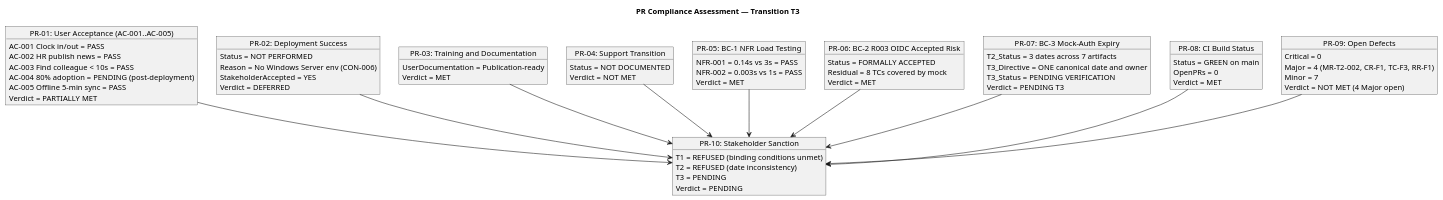
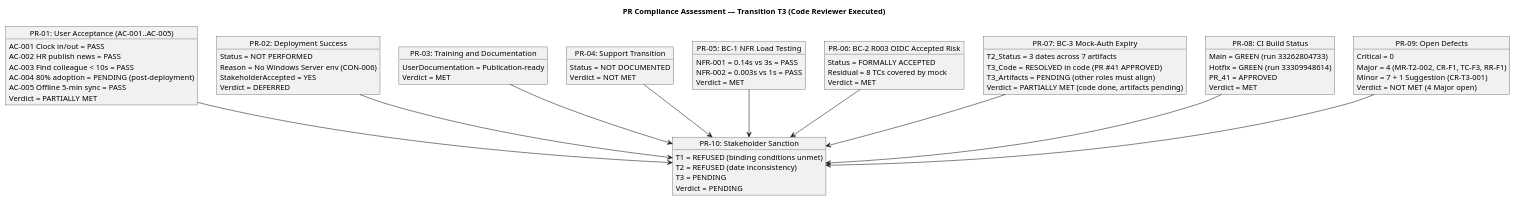
Before and after one commit to banense-test/portal-cuba-corp: the third of 5 diagrams in docs/artifacts/project-management/review-record.md, drawn with PlantUML. The commit also changed other lines of this file, not shown here.

First line of the commit message:
Code Reviewer [T3]: upsert Review Record

````diff
--- a/docs/artifacts/project-management/review-record.md
+++ b/docs/artifacts/project-management/review-record.md
@@ -311,6 +311,6 @@
 ```plantuml
 @startuml
-title PR Compliance Assessment — Transition T3
+title PR Compliance Assessment — Transition T3 (Code Reviewer Executed)
 
 skinparam classAttributeIconSize 0
 skinparam classBackgroundColor #F0F4FF
@@ -357,21 +357,22 @@
 
 object "PR-07: BC-3 Mock-Auth Expiry" as PR07 {
   T2_Status = 3 dates across 7 artifacts
-  T3_Directive = ONE canonical date and owner
-  T3_Status = PENDING VERIFICATION
-  Verdict = PENDING T3
+  T3_Code = RESOLVED in code (PR #41 APPROVED)
+  T3_Artifacts = PENDING (other roles must align)
+  Verdict = PARTIALLY MET (code done, artifacts pending)
 }
 
 object "PR-08: CI Build Status" as PR08 {
-  Status = GREEN on main
-  OpenPRs = 0
+  Main = GREEN (run 33262804733)
+  Hotfix = GREEN (run 33309948614)
+  PR_41 = APPROVED
   Verdict = MET
 }
 
 object "PR-09: Open Defects" as PR09 {
   Critical = 0
   Major = 4 (MR-T2-002, CR-F1, TC-F3, RR-F1)
-  Minor = 7
+  Minor = 7 + 1 Suggestion (CR-T3-001)
   Verdict = NOT MET (4 Major open)
 }
 
````
